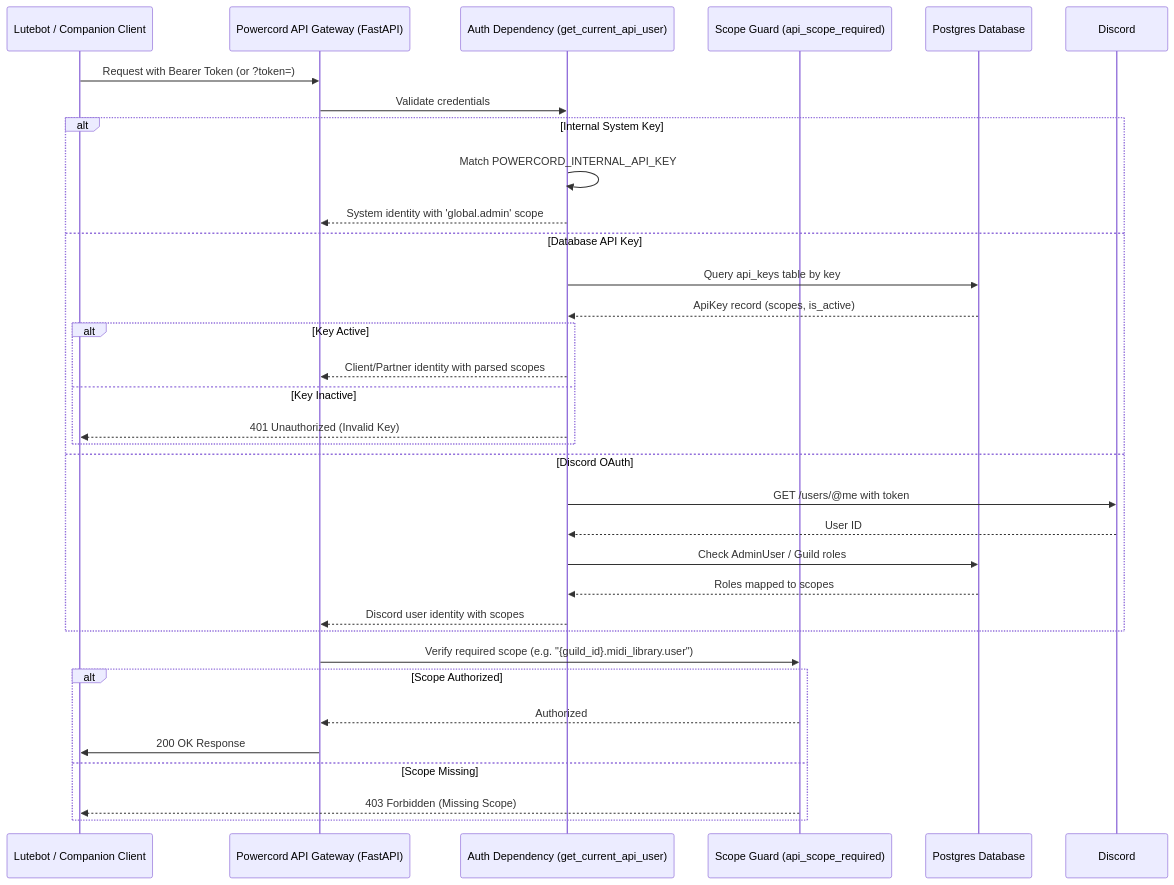
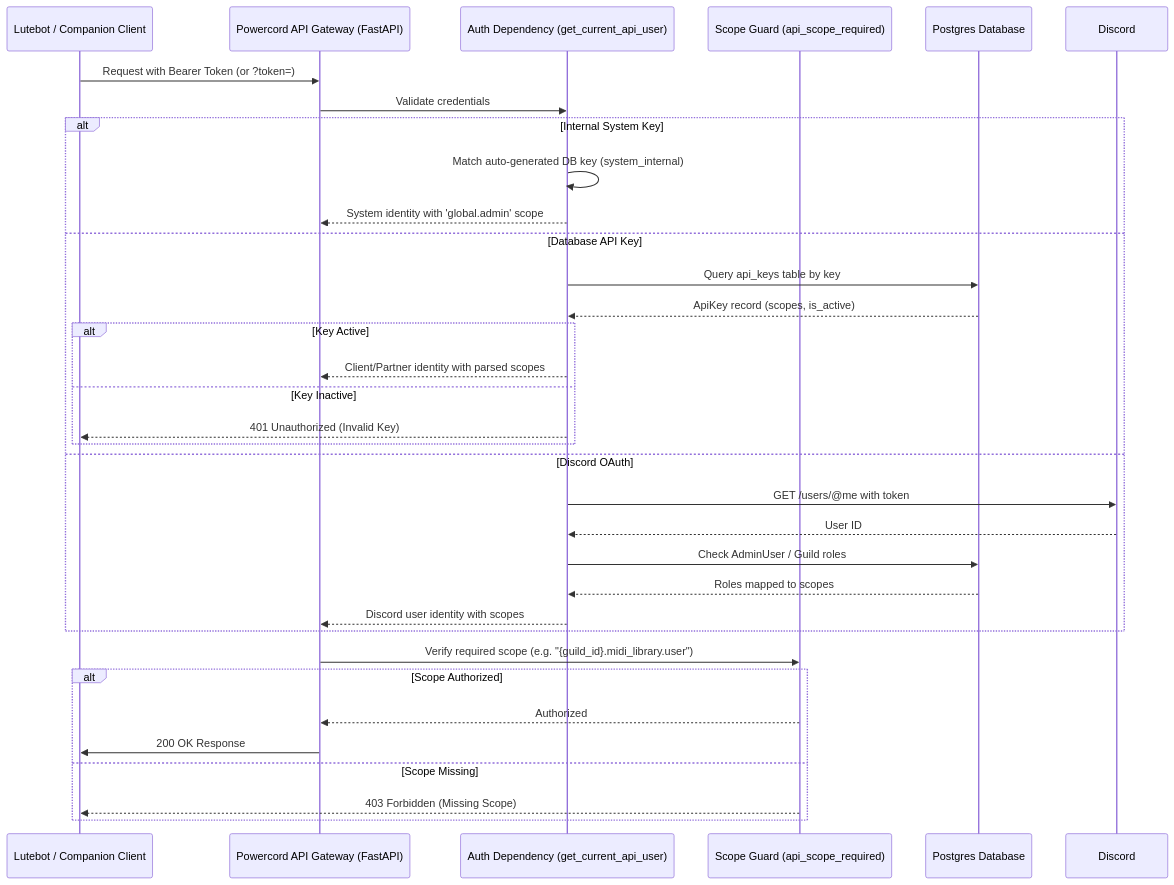
Before and after one commit to artibyrd/powercord: the first of 2 diagrams in docs/api_developer_guide.md, drawn with Mermaid. The commit also changed other lines of this file and 1 other file, not shown here.

Commit message:
refactor: migrate API scopes to granular core-level permissions and update developer documentation

````diff
--- a/docs/api_developer_guide.md
+++ b/docs/api_developer_guide.md
@@ -12,36 +12,36 @@
 ```mermaid
 sequenceDiagram
     participant Client as Lutebot / Companion Client
     participant GW as Powercord API Gateway (FastAPI)
     participant Auth as Auth Dependency (get_current_api_user)
     participant Scope as Scope Guard (api_scope_required)
     participant DB as Postgres Database
 
     Client->>GW: Request with Bearer Token (or ?token=)
     GW->>Auth: Validate credentials
     alt Internal System Key
-        Auth->>Auth: Match POWERCORD_INTERNAL_API_KEY
+        Auth->>Auth: Match auto-generated DB key (system_internal)
         Auth-->>GW: System identity with 'global.admin' scope
     else Database API Key
         Auth->>DB: Query api_keys table by key
         DB-->>Auth: ApiKey record (scopes, is_active)
         alt Key Active
             Auth-->>GW: Client/Partner identity with parsed scopes
         else Key Inactive
             Auth-->>Client: 401 Unauthorized (Invalid Key)
         end
     else Discord OAuth
         Auth->>Discord: GET /users/@me with token
         Discord-->>Auth: User ID
         Auth->>DB: Check AdminUser / Guild roles
         DB-->>Auth: Roles mapped to scopes
         Auth-->>GW: Discord user identity with scopes
     end
     GW->>Scope: Verify required scope (e.g. "{guild_id}.midi_library.user")
     alt Scope Authorized
         Scope-->>GW: Authorized
         GW->>Client: 200 OK Response
     else Scope Missing
         Scope-->>Client: 403 Forbidden (Missing Scope)
     end
 ```
````
